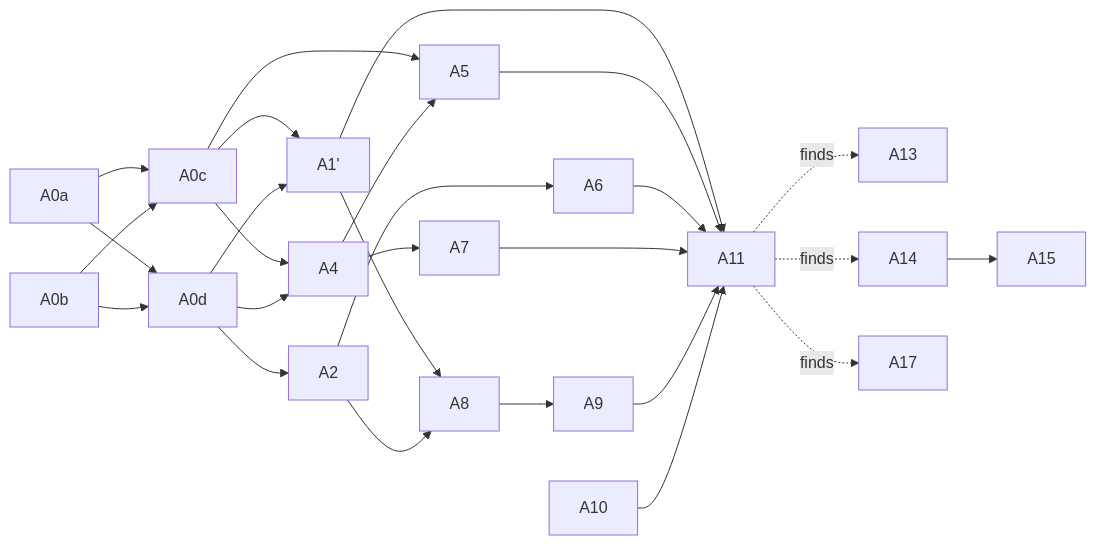
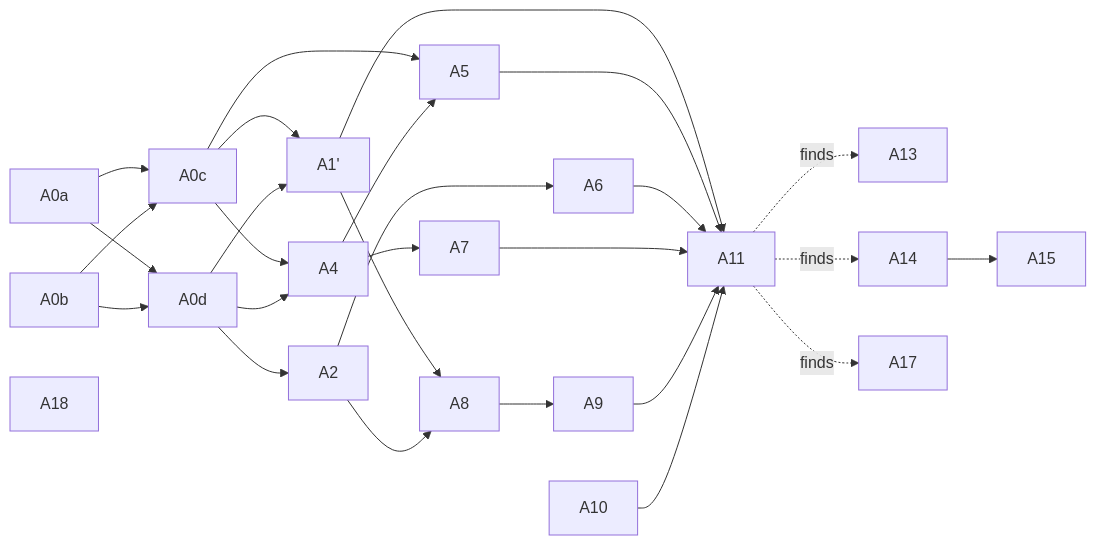
One commit to Rainnystone/larkent changed the diagram in docs/specs/automations/tickets/README.md. Above: the diagram before and after it, drawn with Mermaid. The commit also changed other lines of this file and 1 other file, not shown here.

Commit message:
docs(automations): add ticket A18 for automation card button access and denied-tap toast

````diff
--- a/docs/specs/automations/tickets/README.md
+++ b/docs/specs/automations/tickets/README.md
@@ -44,25 +45,26 @@
 ```mermaid
 graph LR
   A0a --> A0c
   A0b --> A0c
   A0a --> A0d
   A0b --> A0d
   A0c --> A1p["A1'"]
   A0d --> A1p
   A0d --> A2
   A0c --> A4
   A0d --> A4
   A0c --> A5
   A4 --> A5
   A2 --> A6
   A4 --> A7
   A1p --> A8
   A2 --> A8
   A8 --> A9
   A10
   A1p & A5 & A6 & A7 & A9 & A10 --> A11
   A11 -.finds.-> A13
   A11 -.finds.-> A14
   A14 --> A15
   A11 -.finds.-> A17
+  A18
 ```
````
